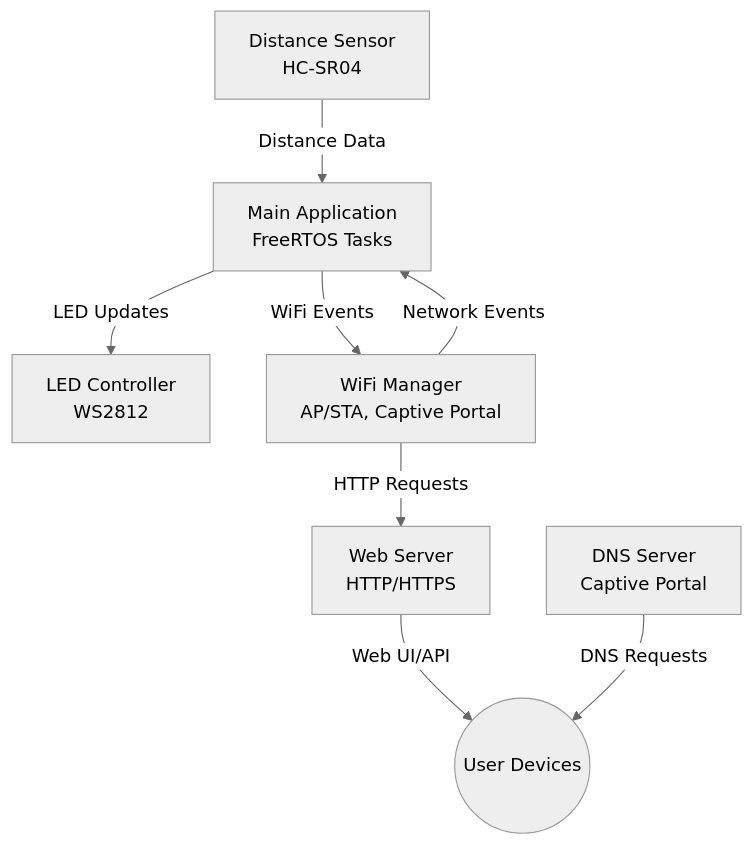
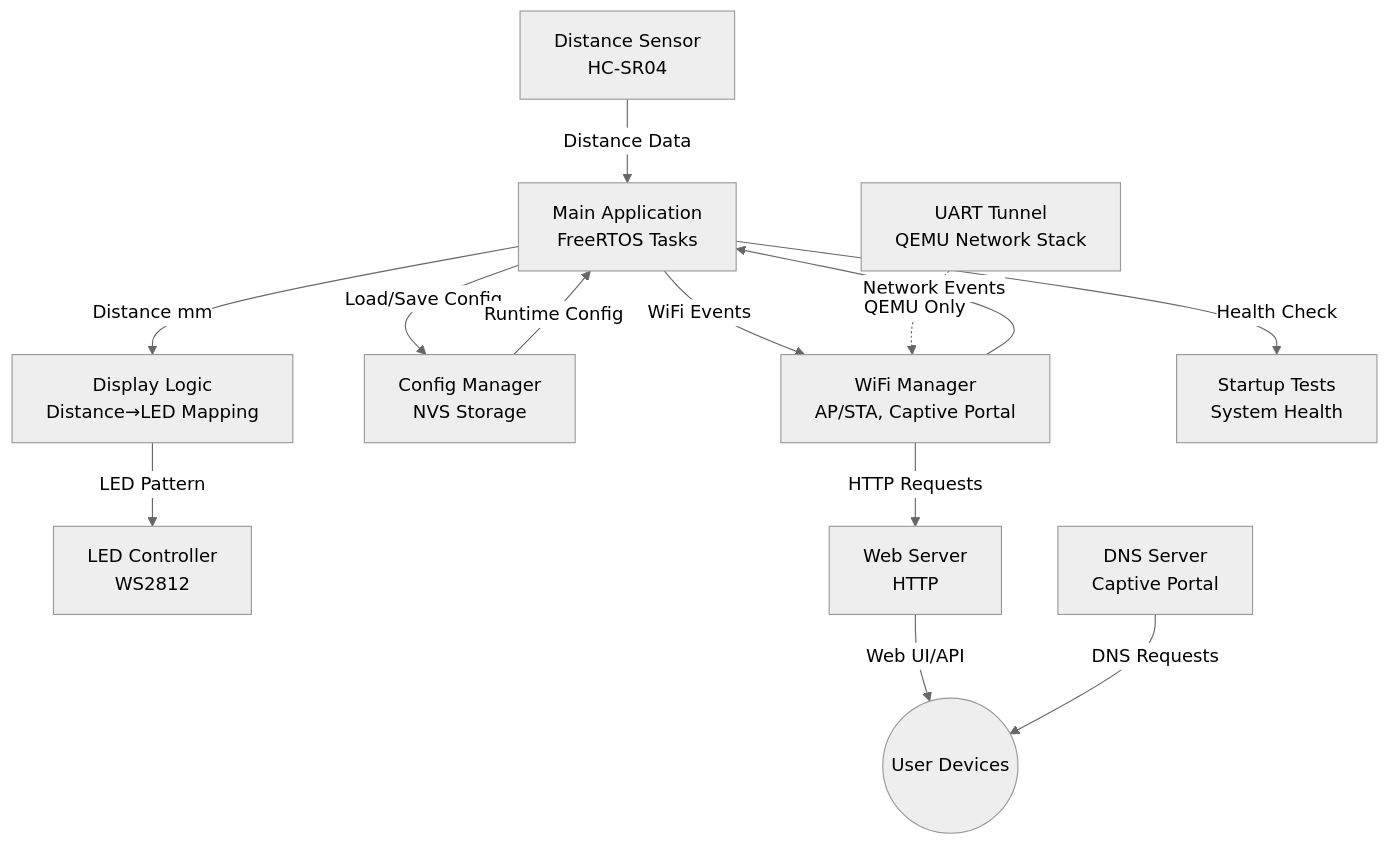
Before and after one commit to enthali/esp32-template: the diagram in docs/architecture/README.md, drawn with Mermaid (neutral theme). The commit also changed other lines of this file and 8 other files, not shown here.

````diff
--- a/docs/architecture/README.md
+++ b/docs/architecture/README.md
@@ -11,18 +11,27 @@
 ```mermaid
 flowchart TD
     A[Distance Sensor <br> HC-SR04]
     B[LED Controller <br> WS2812]
     C[WiFi Manager <br> AP/STA, Captive Portal]
-    D[Web Server <br> HTTP/HTTPS]
+    D[Web Server <br> HTTP]
     E[DNS Server <br> Captive Portal]
     F[Main Application <br> FreeRTOS Tasks]
+    G[Config Manager <br> NVS Storage]
+    H[Display Logic <br> Distance→LED Mapping]
+    I[UART Tunnel <br> QEMU Network Stack]
+    J[Startup Tests <br> System Health]
     User((User Devices))
 
     A -->|Distance Data| F
-    F -->|LED Updates| B
+    F -->|Distance mm| H
+    H -->|LED Pattern| B
     F -->|WiFi Events| C
     C -->|Network Events| F
     C -->|HTTP Requests| D
     D -->|Web UI/API| User
     E -->|DNS Requests| User
+    F -->|Load/Save Config| G
+    G -->|Runtime Config| F
+    F -->|Health Check| J
+    I -.->|QEMU Only| C
 ```
````
